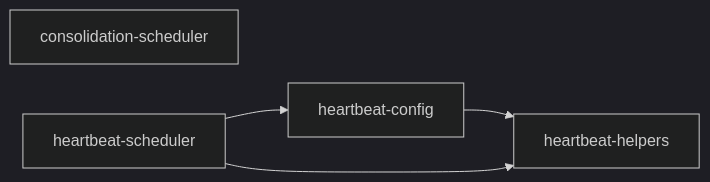
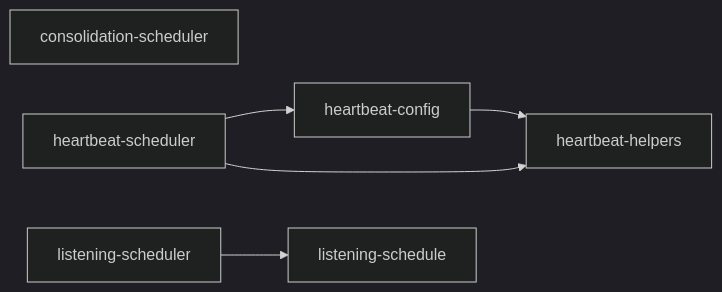
Before and after one commit to OJII3/vicissitude: the diagram in packages/scheduling/DEPS.md, drawn with Mermaid (dark theme). The commit also changed other lines of this file and 16 other files, not shown here.

````diff
--- a/packages/scheduling/DEPS.md
+++ b/packages/scheduling/DEPS.md
@@ -7,8 +7,10 @@
 ```mermaid
 graph LR
   consolidation_scheduler["consolidation-scheduler"]
   heartbeat_config["heartbeat-config"] --> heartbeat_helpers["heartbeat-helpers"]
   heartbeat_helpers["heartbeat-helpers"]
   heartbeat_scheduler["heartbeat-scheduler"] --> heartbeat_config["heartbeat-config"]
   heartbeat_scheduler["heartbeat-scheduler"] --> heartbeat_helpers["heartbeat-helpers"]
+  listening_schedule["listening-schedule"]
+  listening_scheduler["listening-scheduler"] --> listening_schedule["listening-schedule"]
 ```
````
